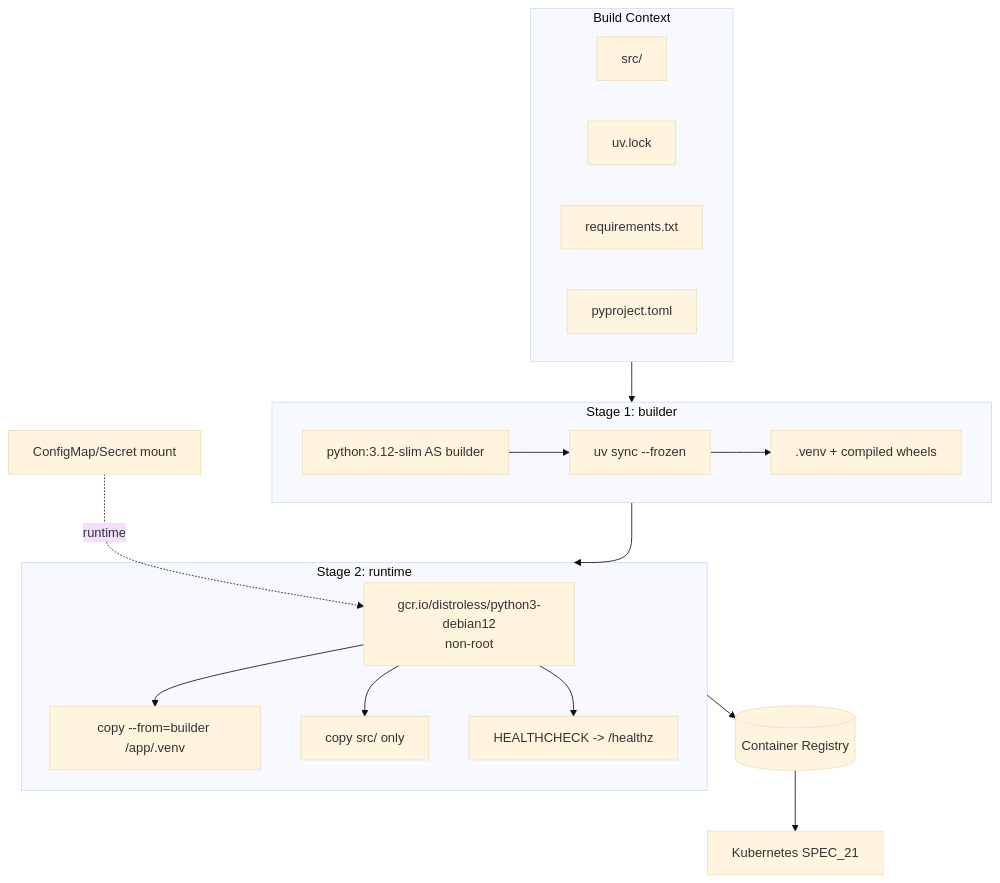
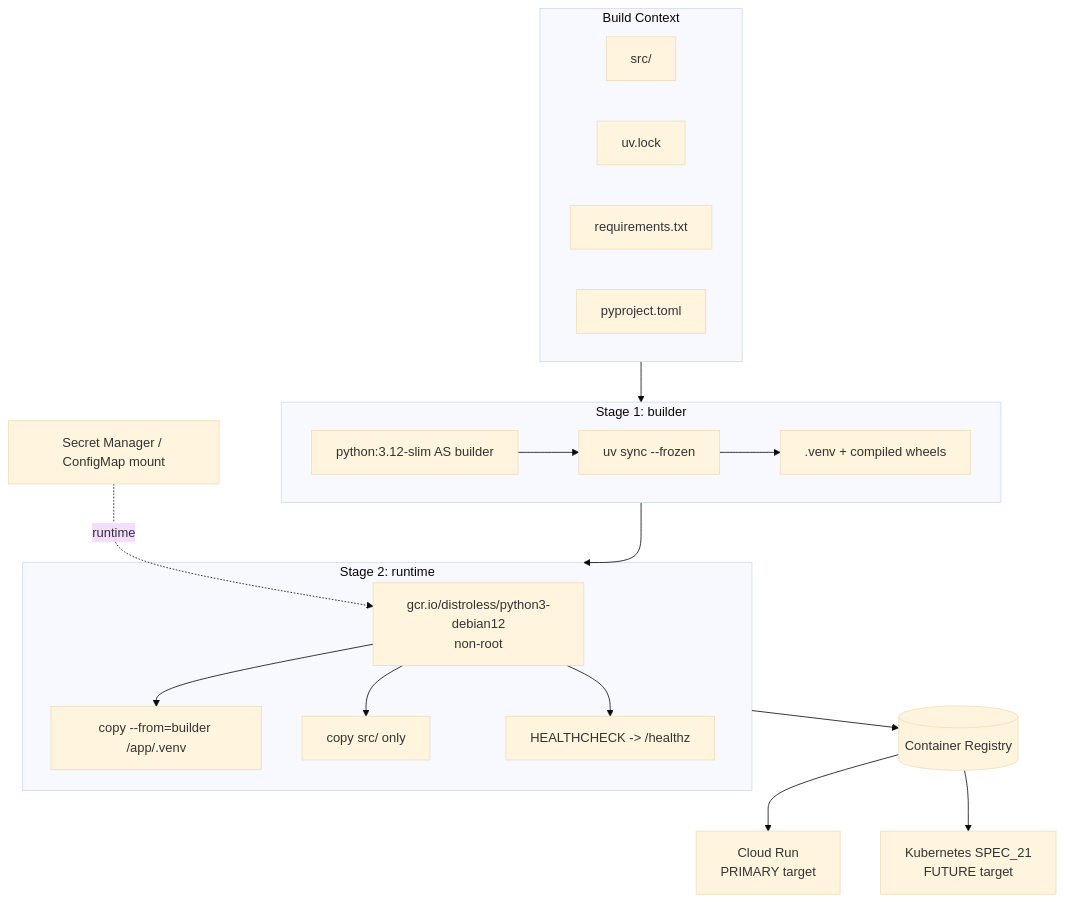
Before and after one commit to CENFARG/yaml-agno: the first of 2 diagrams in specs/SPEC_20_DOCKER_BUILD.md, drawn with Mermaid (base theme). The commit also changed other lines of this file and 5 other files, not shown here.

First line of the commit message:
refactor(spec-20/25): iteración 1 - Cloud Run primario + K8s futuro (R14), swap SPEC_22

````diff
--- a/specs/SPEC_20_DOCKER_BUILD.md
+++ b/specs/SPEC_20_DOCKER_BUILD.md
@@ -25,24 +28,25 @@
 ```mermaid
 flowchart TB
     subgraph BUILD[Build Context]
         SRC[src/]
         UVL[uv.lock]
         REQ[requirements.txt]
         PY[pyproject.toml]
     end
     subgraph S1[Stage 1: builder]
         B1[python:3.12-slim AS builder]
         B1 --> UV[uv sync --frozen]
         UV --> WHL[.venv + compiled wheels]
     end
     subgraph S2[Stage 2: runtime]
         R1[gcr.io/distroless/python3-debian12<br/>non-root]
         R1 --> CP[copy --from=builder /app/.venv]
         R1 --> AP[copy src/ only]
         R1 --> HC[HEALTHCHECK -> /healthz]
     end
     BUILD --> S1 --> S2
     S2 --> REG[(Container Registry)]
-    REG --> K8S[Kubernetes SPEC_21]
-    CMOUNT[ConfigMap/Secret mount] -.runtime.-> R1
+    REG --> CR[Cloud Run<br/>PRIMARY target]
+    REG --> K8S[Kubernetes SPEC_21<br/>FUTURE target]
+    CMOUNT[Secret Manager / ConfigMap mount] -.runtime.-> R1
 ```
````
